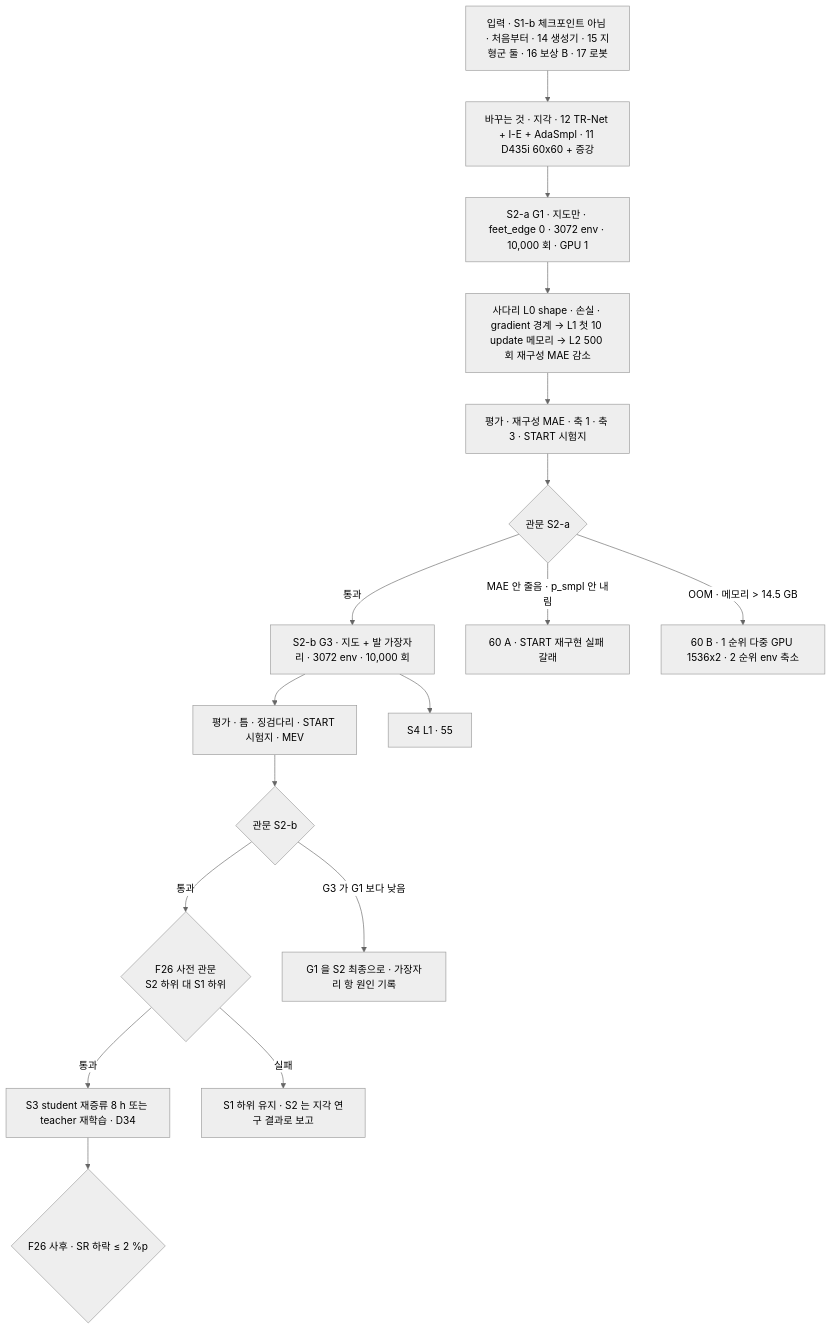
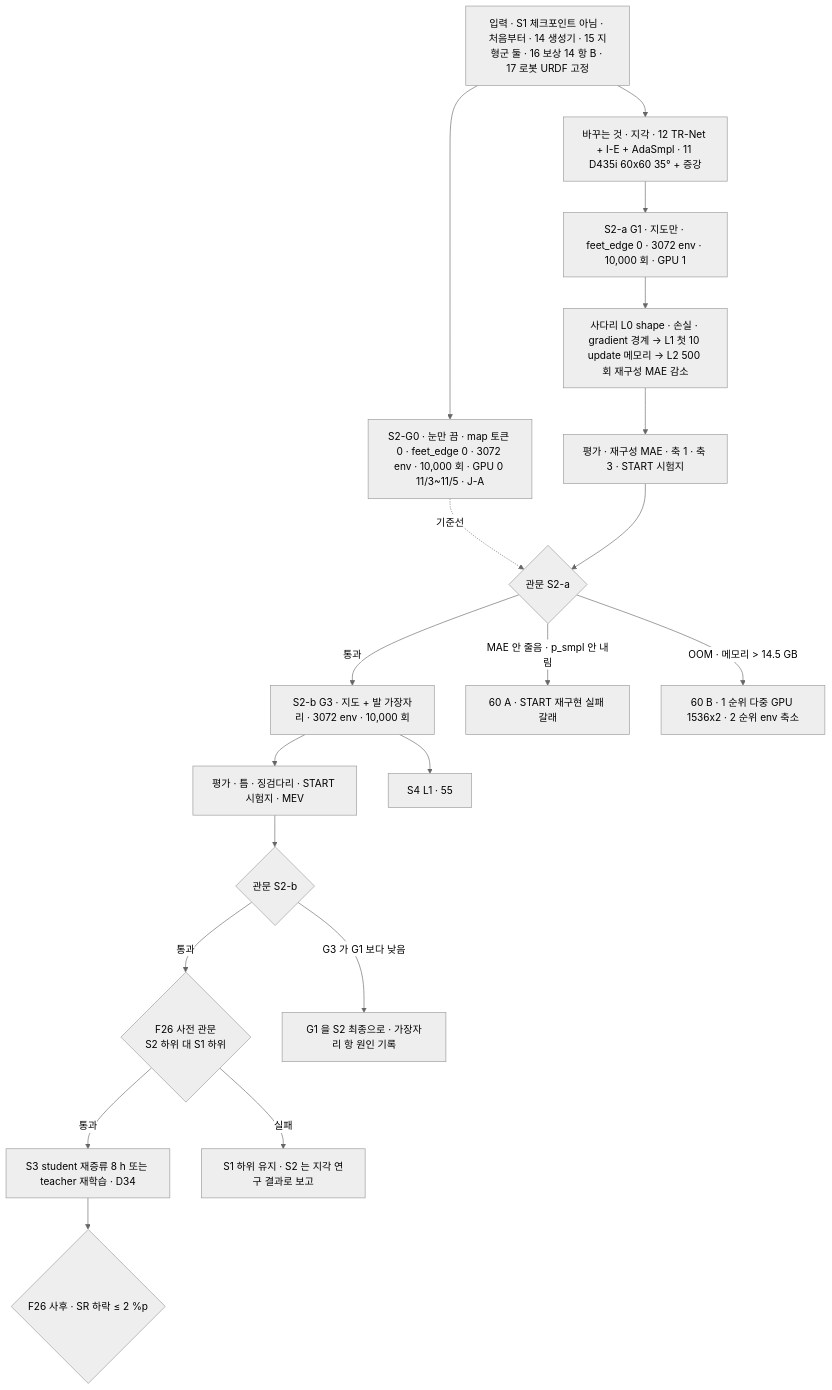
Before and after one commit to foothold-project/foothold-lab: the diagram in inbox/jay/20261019-design/53-S2-PERCEPTION.md, drawn with Mermaid (neutral theme). The commit also changed other lines of this file and 23 other files, not shown here.

````diff
--- a/inbox/jay/20261019-design/53-S2-PERCEPTION.md
+++ b/inbox/jay/20261019-design/53-S2-PERCEPTION.md
@@ -15,19 +15,21 @@
 ```mermaid
 flowchart TB
-  IN[입력 · S1-b 체크포인트 아님 · 처음부터 · 14 생성기 · 15 지형군 둘 · 16 보상 B · 17 로봇] --> CH[바꾸는 것 · 지각 · 12 TR-Net + I-E + AdaSmpl · 11 D435i 60x60 + 증강]
+  IN[입력 · S1 체크포인트 아님 · 처음부터 · 14 생성기 · 15 지형군 둘 · 16 보상 14 항 B · 17 로봇 URDF 고정] --> G0[S2-G0 · 눈만 끔 · map 토큰 0 · feet_edge 0 · 3072 env · 10,000 회 · GPU 0 11/3~11/5 · J-A]
+  IN --> CH[바꾸는 것 · 지각 · 12 TR-Net + I-E + AdaSmpl · 11 D435i 60x60 35° + 증강]
   CH --> G1[S2-a G1 · 지도만 · feet_edge 0 · 3072 env · 10,000 회 · GPU 1]
+  G0 -. 기준선 .-> GA
   G1 --> L1[사다리 L0 shape · 손실 · gradient 경계 → L1 첫 10 update 메모리 → L2 500 회 재구성 MAE 감소]
   L1 --> E1[평가 · 재구성 MAE · 축 1 · 축 3 · START 시험지]
   E1 --> GA{관문 S2-a}
   GA -->|통과| G3[S2-b G3 · 지도 + 발 가장자리 · 3072 env · 10,000 회]
   GA -->|MAE 안 줄음 · p_smpl 안 내림| A[60 A · START 재구현 실패 갈래]
   GA -->|OOM · 메모리 > 14.5 GB| B[60 B · 1 순위 다중 GPU 1536x2 · 2 순위 env 축소]
   G3 --> E3[평가 · 틈 · 징검다리 · START 시험지 · MEV]
   E3 --> GB{관문 S2-b}
   GB -->|통과| F26{F26 사전 관문<br/>S2 하위 대 S1 하위}
   GB -->|G3 가 G1 보다 낮음| K[G1 을 S2 최종으로 · 가장자리 항 원인 기록]
   F26 -->|통과| RD[S3 student 재증류 8 h 또는 teacher 재학습 · D34]
   F26 -->|실패| KEEP[S1 하위 유지 · S2 는 지각 연구 결과로 보고]
   RD --> F26b{F26 사후 · SR 하락 ≤ 2 %p}
   G3 --> S4[S4 L1 · 55]
 ```
````
